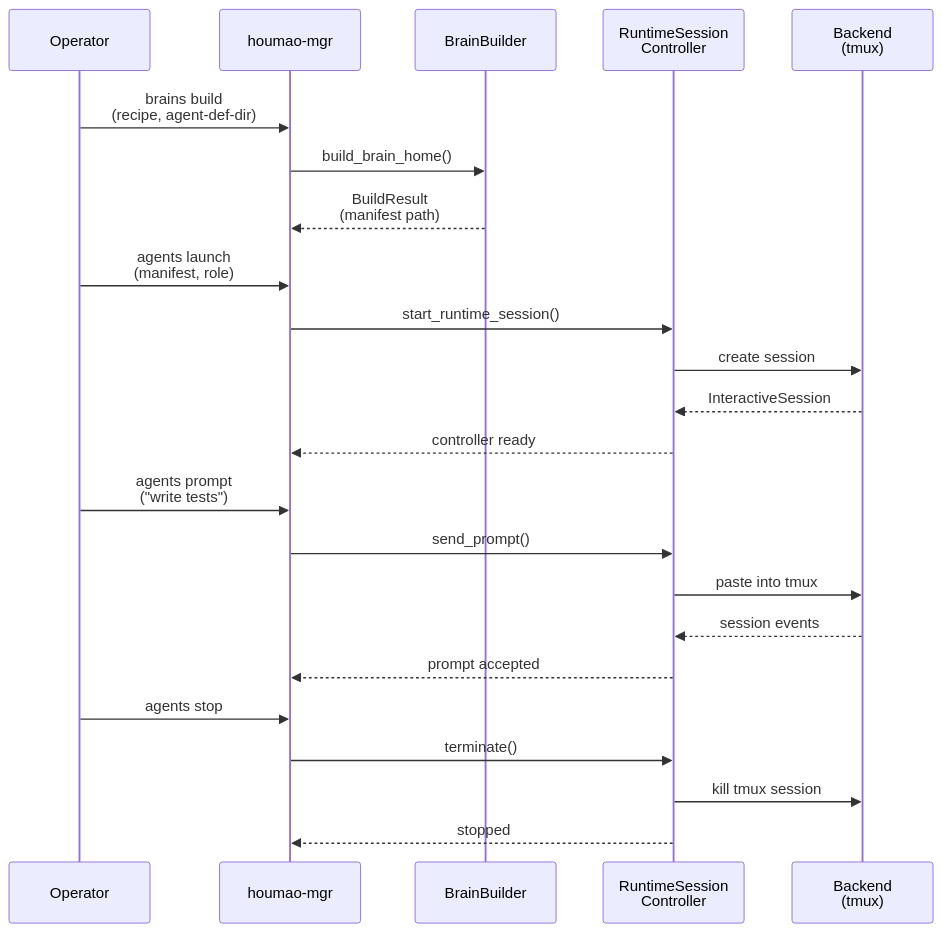
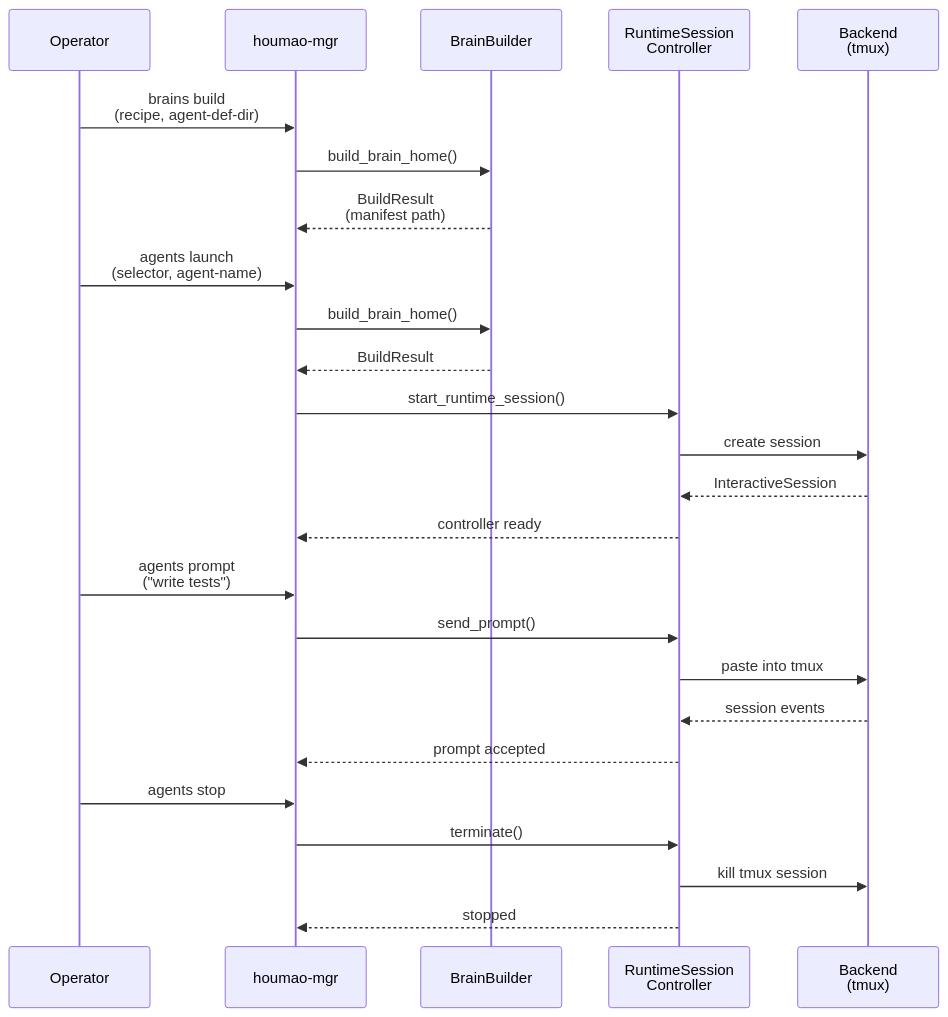
Before and after one commit to igamenovoer/houmao: the diagram in docs/getting-started/quickstart.md, drawn with Mermaid. The commit also changed other lines of this file and 46 other files, not shown here.

````diff
--- a/docs/getting-started/quickstart.md
+++ b/docs/getting-started/quickstart.md
@@ -5,26 +5,28 @@
 ```mermaid
 sequenceDiagram
     participant Op as Operator
     participant Mgr as houmao-mgr
     participant BB as BrainBuilder
     participant RT as RuntimeSession<br/>Controller
     participant BE as Backend<br/>(tmux)
 
     Op->>Mgr: brains build<br/>(recipe, agent-def-dir)
     Mgr->>BB: build_brain_home()
     BB-->>Mgr: BuildResult<br/>(manifest path)
-    Op->>Mgr: agents launch<br/>(manifest, role)
+    Op->>Mgr: agents launch<br/>(selector, agent-name)
+    Mgr->>BB: build_brain_home()
+    BB-->>Mgr: BuildResult
     Mgr->>RT: start_runtime_session()
     RT->>BE: create session
     BE-->>RT: InteractiveSession
     RT-->>Mgr: controller ready
     Op->>Mgr: agents prompt<br/>("write tests")
     Mgr->>RT: send_prompt()
     RT->>BE: paste into tmux
     BE-->>RT: session events
     RT-->>Mgr: prompt accepted
     Op->>Mgr: agents stop
     Mgr->>RT: terminate()
     RT->>BE: kill tmux session
     RT-->>Mgr: stopped
 ```
````
